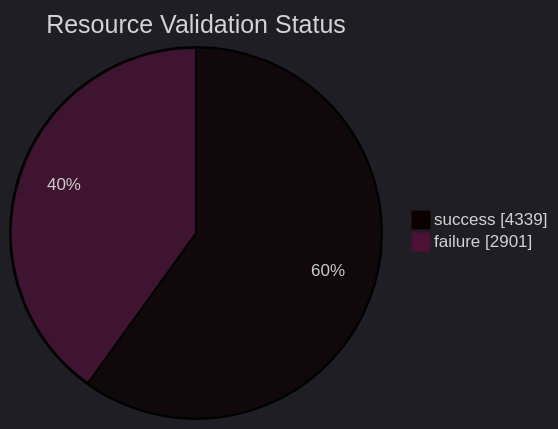
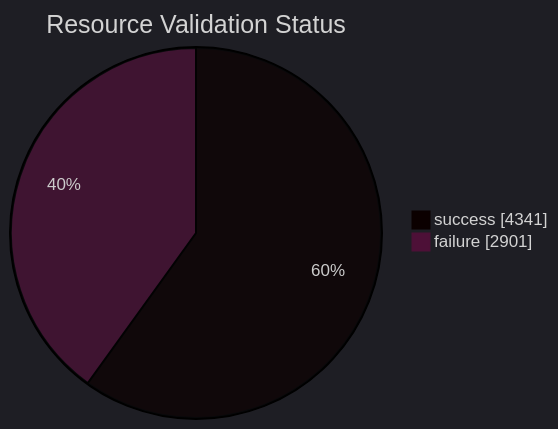
One commit to open-data/analytics-corporate-reporting changed the diagram in datastore_tracker/resource_validation_status_pie_chart.md. Above: the diagram before and after it, drawn with Mermaid. The commit also changed 9 other files, not shown here.

````diff
--- a/datastore_tracker/resource_validation_status_pie_chart.md
+++ b/datastore_tracker/resource_validation_status_pie_chart.md
@@ -2,9 +2,9 @@
 ```mermaid
 ---
 config:
   theme: dark
 ---
 pie showData title Resource Validation Status
-    "success": 4339
+    "success": 4341
     "failure": 2901
 ```
````
